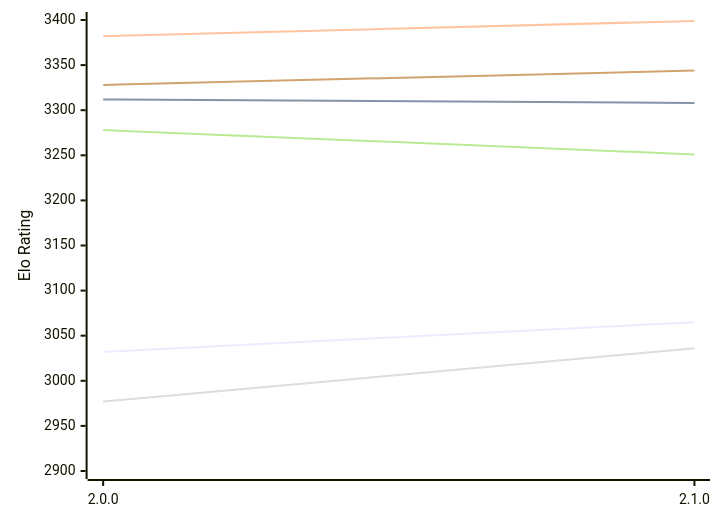
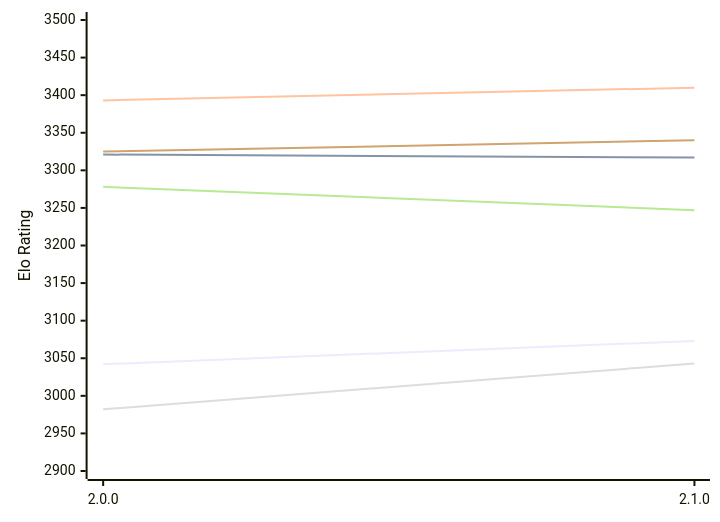
One commit to computer-chess-index/cci changed the diagram in engines/Sapling.md. Above: the diagram before and after it, drawn with Mermaid. The commit also changed other lines of this file, not shown here.

Commit message:
Update CCI Ratings (ELO VLTC) - 2026-11-16

````diff
--- a/engines/Sapling.md
+++ b/engines/Sapling.md
@@ -49,12 +49,12 @@
 ```mermaid
 %%{init: {"theme":"base","themeVariables":{"seriesColors:['#a3a3a3','#222221','#faa371']}}}%%
 xychart-beta
   x-axis ["2.0.0", "2.1.0"]
-  y-axis "Elo Rating" 2900 --> 3400
-  line "E1: STC (8.0+0.08s)" [3032, 3065]
-  line "E1: LTC (60.0+0.60s)" [3312, 3308]
-  line "E1: VLTC (2m24s+1.12s)" [3382, 3399]
-  line "P1: STC (8.0+0.08s)" [2977, 3036]
-  line "P1: LTC (60.0+0.60s)" [3278, 3251]
-  line "P1: VLTC (2m24s+1.12s)" [3328, 3344]
+  y-axis "Elo Rating" 2900 --> 3500
+  line "E1: STC (8.0+0.08s)" [3042, 3073]
+  line "E1: LTC (60.0+0.60s)" [3321, 3317]
+  line "E1: VLTC (2m24s+1.12s)" [3393, 3410]
+  line "P1: STC (8.0+0.08s)" [2982, 3043]
+  line "P1: LTC (60.0+0.60s)" [3278, 3247]
+  line "P1: VLTC (2m24s+1.12s)" [3325, 3340]
 ```
````
